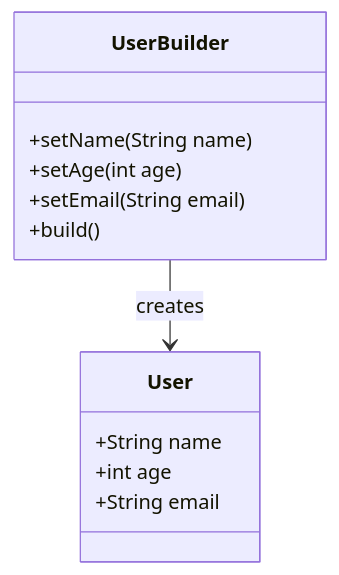
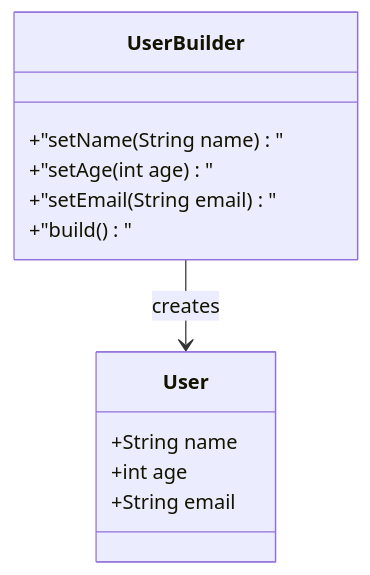
One commit to 42jerrykim/42jerrykim.github.io changed the fourth of 5 diagrams in content/post/2024/2024-08-22-builder/index.md. Above: the diagram before and after it, drawn with Mermaid. The commit also changed other lines of this file and 239 other files, not shown here.

````diff
--- a/content/post/2024/2024-08-22-builder/index.md
+++ b/content/post/2024/2024-08-22-builder/index.md
@@ -659,15 +682,15 @@
 ```mermaid
 classDiagram
     class User {
         +String name
         +int age
         +String email
     }
     class UserBuilder {
-        +setName(String name)
-        +setAge(int age)
-        +setEmail(String email)
-        +build()
+        +"setName(String name)"
+        +"setAge(int age)"
+        +"setEmail(String email)"
+        +"build()"
     }
     UserBuilder --> User : creates
 ```
````
